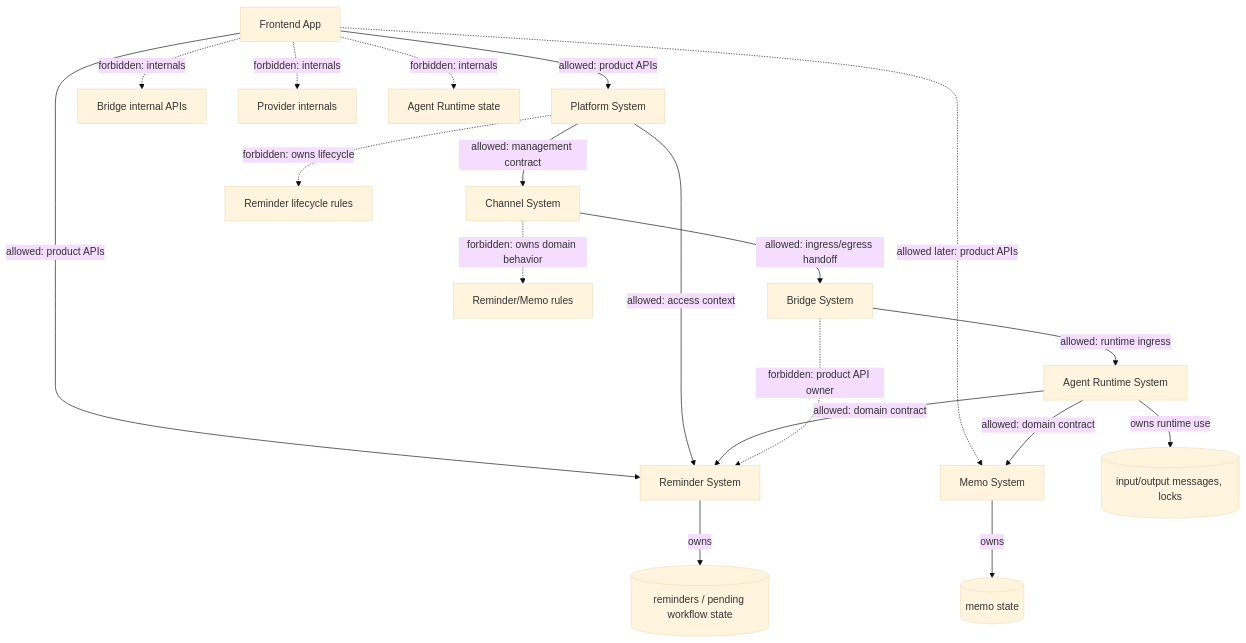
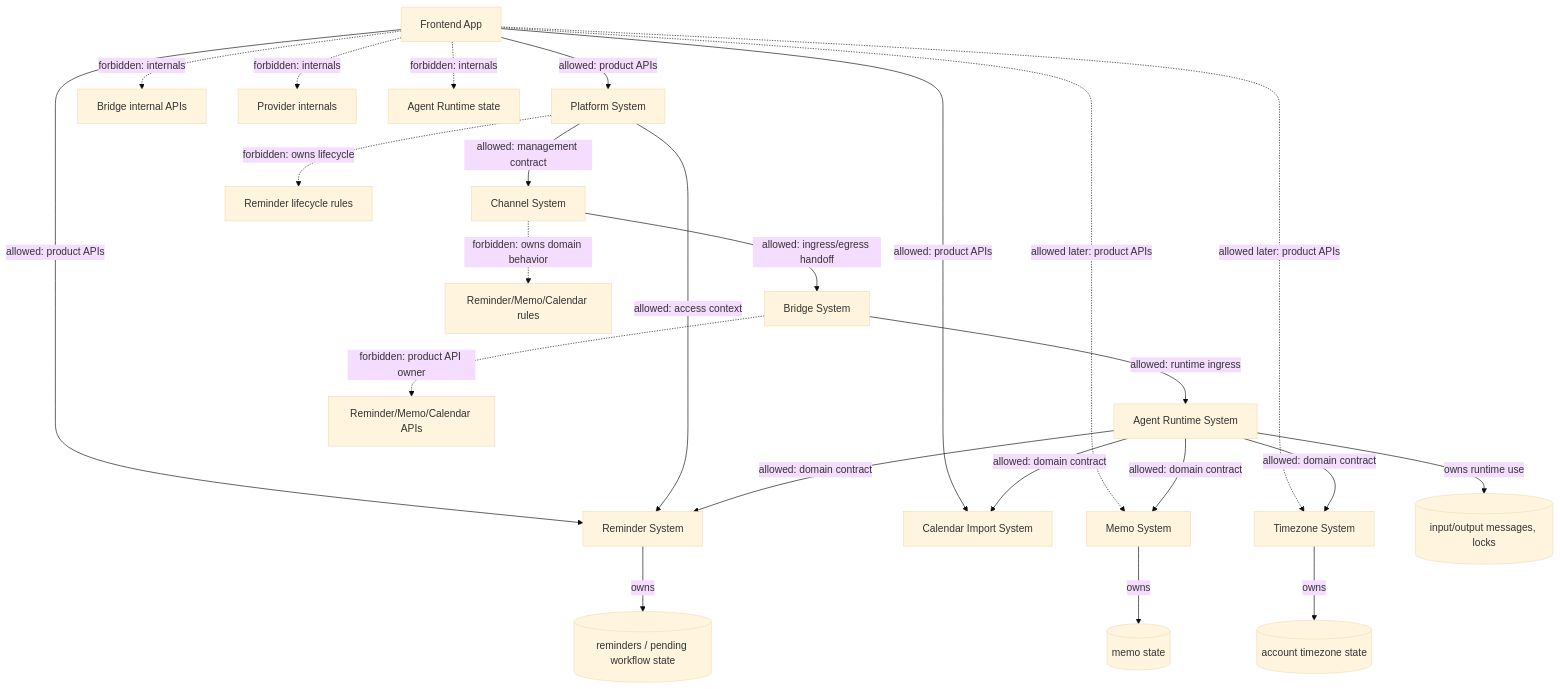
The second of 2 diagrams in docs/superpowers/specs/2026-05-19-frontend-platform-channel-boundary-design.md (yidianyiko/openCoke), drawn with Mermaid (base theme) before and after one commit. The commit also changed other lines of this file and 7 other files, not shown here.

````diff
--- a/docs/superpowers/specs/2026-05-19-frontend-platform-channel-boundary-design.md
+++ b/docs/superpowers/specs/2026-05-19-frontend-platform-channel-boundary-design.md
@@ -190,25 +311,30 @@
 ```mermaid
 flowchart TD
     FE["Frontend App"] -->|"allowed: product APIs"| Platform["Platform System"]
     FE -->|"allowed: product APIs"| Reminder["Reminder System"]
+    FE -->|"allowed: product APIs"| Calendar["Calendar Import System"]
+    FE -. "allowed later: product APIs" .-> Timezone["Timezone System"]
     FE -. "allowed later: product APIs" .-> Memo["Memo System"]
     FE -. "forbidden: internals" .-> BridgeX["Bridge internal APIs"]
     FE -. "forbidden: internals" .-> ChannelX["Provider internals"]
     FE -. "forbidden: internals" .-> RuntimeX["Agent Runtime state"]
 
     Platform -->|"allowed: management contract"| Channel["Channel System"]
     Platform -->|"allowed: access context"| Reminder
     Platform -. "forbidden: owns lifecycle" .-> ReminderRules["Reminder lifecycle rules"]
 
     Channel -->|"allowed: ingress/egress handoff"| Bridge["Bridge System"]
-    Channel -. "forbidden: owns domain behavior" .-> DomainRules["Reminder/Memo rules"]
+    Channel -. "forbidden: owns domain behavior" .-> DomainRules["Reminder/Memo/Calendar rules"]
 
     Bridge -->|"allowed: runtime ingress"| AgentRuntime["Agent Runtime System"]
     AgentRuntime -->|"allowed: domain contract"| Reminder
     AgentRuntime -->|"allowed: domain contract"| Memo
-    Bridge -. "forbidden: product API owner" .-> Reminder
+    AgentRuntime -->|"allowed: domain contract"| Calendar
+    AgentRuntime -->|"allowed: domain contract"| Timezone
+    Bridge -. "forbidden: product API owner" .-> ProductAPIX["Reminder/Memo/Calendar APIs"]
 
     Reminder -->|"owns"| ReminderState[("reminders / pending workflow state")]
     Memo -->|"owns"| MemoState[("memo state")]
+    Timezone -->|"owns"| TimezoneState[("account timezone state")]
     AgentRuntime -->|"owns runtime use"| RuntimeState[("input/output messages, locks")]
 ```
````
